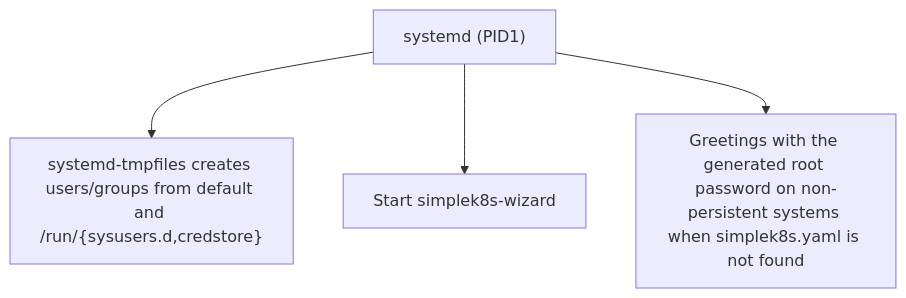
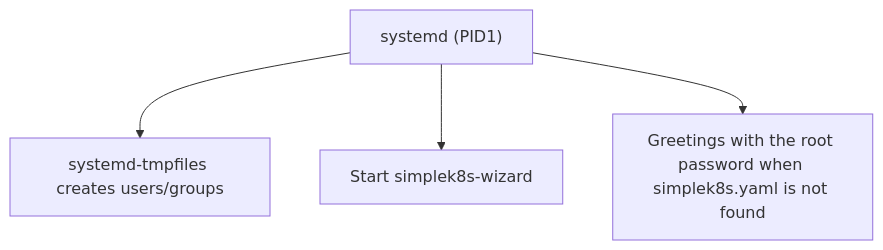
The second of 2 diagrams in docs/boot-sequence.md (simplek8s/simplek8s-init), drawn with Mermaid before and after one commit. The commit also changed other lines of this file, not shown here.

Commit message:
docs: improve boot sequence descriptions

````diff
--- a/docs/boot-sequence.md
+++ b/docs/boot-sequence.md
@@ -98,7 +98,7 @@
 ```mermaid
 flowchart TD
     A["systemd (PID1)"]
-    A --> B["systemd-tmpfiles creates users/groups from default and /run/{sysusers.d,credstore}"]
+    A --> B[systemd-tmpfiles creates users/groups]
     A --> C[Start simplek8s-wizard]
-    A --> D[Greetings with the generated root password on non-persistent systems when simplek8s.yaml is not found]
+    A --> D[Greetings with the root password when simplek8s.yaml is not found]
 ```
````
